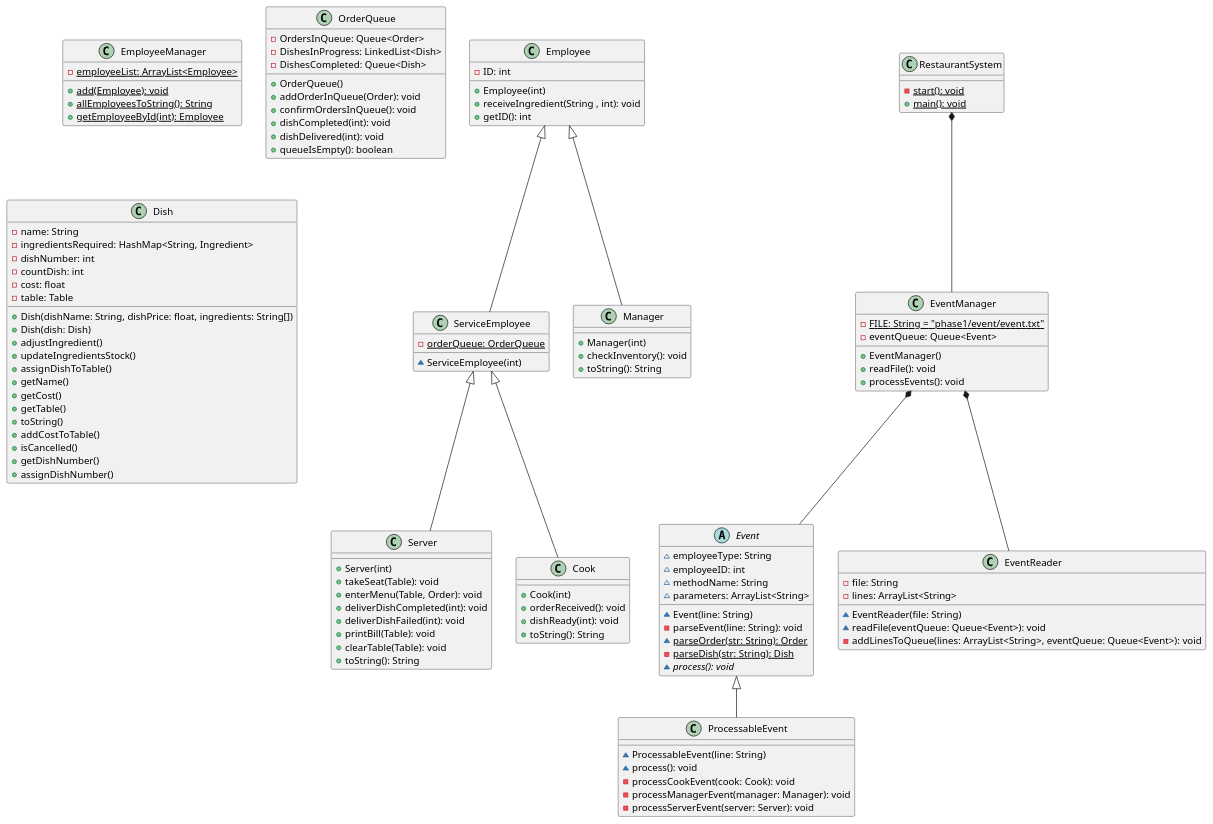
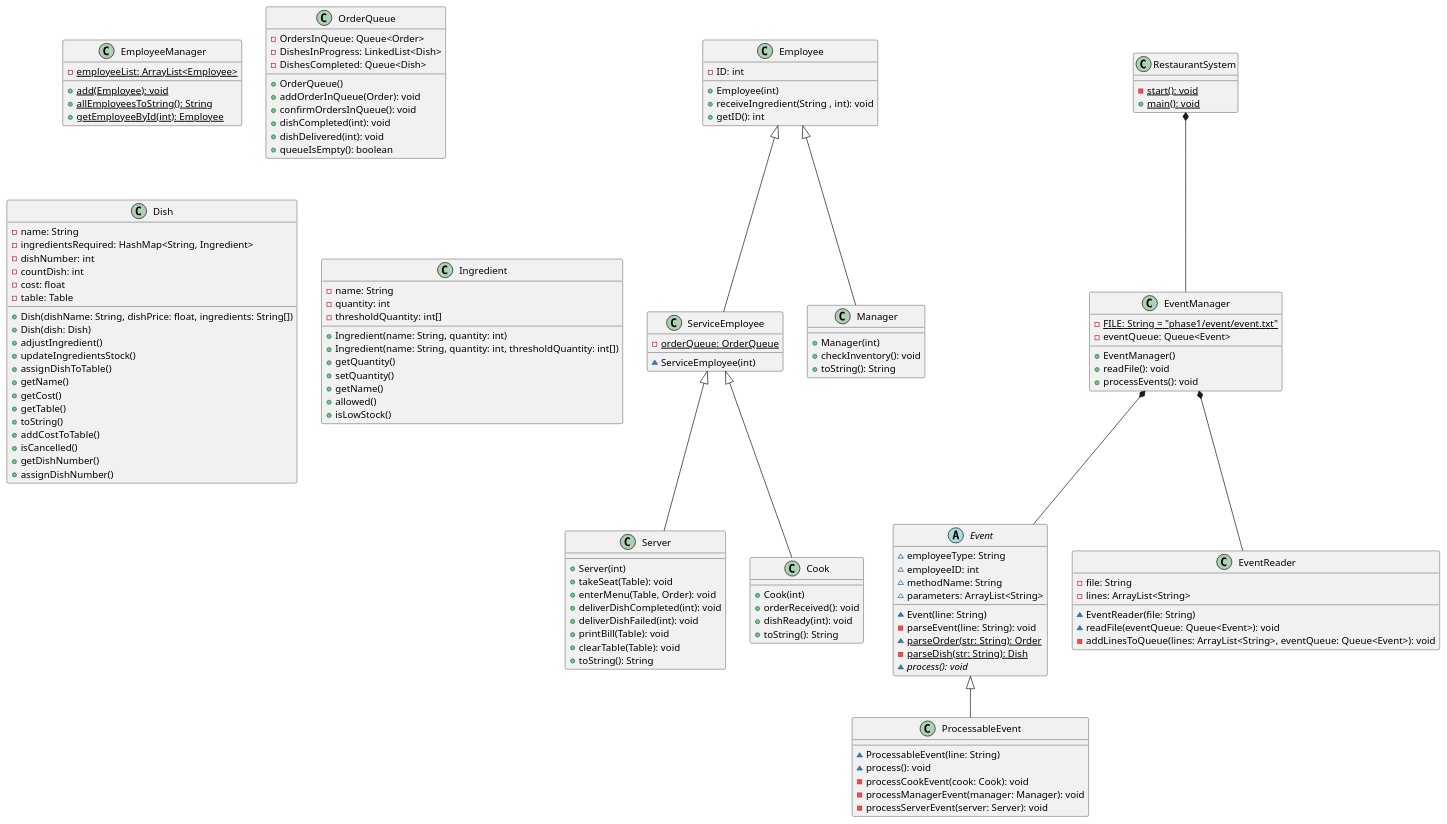
Before and after one commit to billangli/RestaurantSystem: the diagram in phase1/phase1uml.puml, drawn with PlantUML.

Commit message:
Added Ingredient class to the UML

```diff
--- a/phase1/phase1uml.puml
+++ b/phase1/phase1uml.puml
@@ -1,127 +1,141 @@
 @startuml
 class EmployeeManager{
 - {static} employeeList: ArrayList<Employee>
 + {static} add(Employee): void
 + {static} allEmployeesToString(): String
 + {static} getEmployeeById(int): Employee
 }
 class OrderQueue{
 - OrdersInQueue: Queue<Order>
 - DishesInProgress: LinkedList<Dish>
 - DishesCompleted: Queue<Dish>
 + OrderQueue()
 + addOrderInQueue(Order): void
 + confirmOrdersInQueue(): void
 + dishCompleted(int): void
 + dishDelivered(int): void
 + queueIsEmpty(): boolean
 }
 
 class Employee{
 - ID: int
 + Employee(int)
 + receiveIngredient(String , int): void
 + getID(): int
 }
 class ServiceEmployee {
 - {static} orderQueue: OrderQueue
 ~ ServiceEmployee(int)
 }
 class Server{
 + Server(int)
 + takeSeat(Table): void
 + enterMenu(Table, Order): void
 + deliverDishCompleted(int): void
 + deliverDishFailed(int): void
 + printBill(Table): void
 + clearTable(Table): void
 + toString(): String
 }
 class Cook{
 + Cook(int)
 + orderReceived(): void
 + dishReady(int): void
 + toString(): String
 }
 class Manager{
 + Manager(int)
 + checkInventory(): void
 + toString(): String
 }
 
 Employee <|-- ServiceEmployee
 ServiceEmployee <|-- Cook
 ServiceEmployee <|-- Server
 Employee <|-- Manager
 
 
 abstract class Event{
 ~ employeeType: String
 ~ employeeID: int
 ~ methodName: String
 ~ parameters: ArrayList<String>
 ~ Event(line: String)
 - parseEvent(line: String): void
 ~ {static} parseOrder(str: String): Order
 - {static} parseDish(str: String): Dish
 ~ {abstract} process(): void
 }
 
 class EventManager{
 - {static} FILE: String = "phase1/event/event.txt"
 - eventQueue: Queue<Event>
 + EventManager()
 + readFile(): void
 + processEvents(): void
 }
 
 class ProcessableEvent{
 ~ ProcessableEvent(line: String)
 ~ process(): void
 - processCookEvent(cook: Cook): void
 - processManagerEvent(manager: Manager): void
 - processServerEvent(server: Server): void
 }
 
 class EventReader{
 - file: String
 - lines: ArrayList<String>
 ~ EventReader(file: String)
 ~ readFile(eventQueue: Queue<Event>): void
 - addLinesToQueue(lines: ArrayList<String>, eventQueue: Queue<Event>): void
 }
 
 Event <|-- ProcessableEvent
 EventManager *-- EventReader
 EventManager *-- Event
 
 
 class Dish{
 - name: String
 - ingredientsRequired: HashMap<String, Ingredient>
 - dishNumber: int
 - countDish: int
 - cost: float
 - table: Table
 + Dish(dishName: String, dishPrice: float, ingredients: String[])
 + Dish(dish: Dish)
 + adjustIngredient()
 + updateIngredientsStock()
 + assignDishToTable()
 + getName()
 + getCost()
 + getTable()
 + toString()
 + addCostToTable()
 + isCancelled()
 + getDishNumber()
 + assignDishNumber()
 }
 
+
+class Ingredient{
+- name: String
+- quantity: int
+- thresholdQuantity: int[]
++ Ingredient(name: String, quantity: int)
++ Ingredient(name: String, quantity: int, thresholdQuantity: int[])
++ getQuantity()
++ setQuantity()
++ getName()
++ allowed()
++ isLowStock()
+}
+
 class RestaurantSystem{
 - {static} start(): void
 + {static} main(): void
 }
 
 RestaurantSystem *-- EventManager
 @enduml
```
